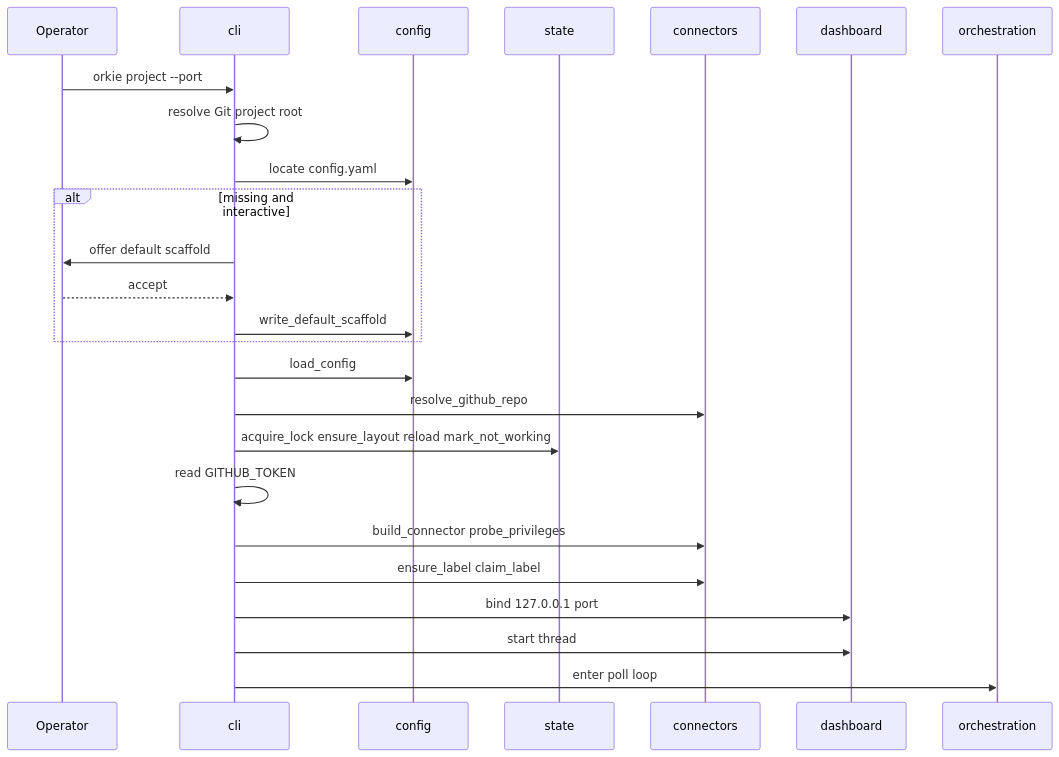
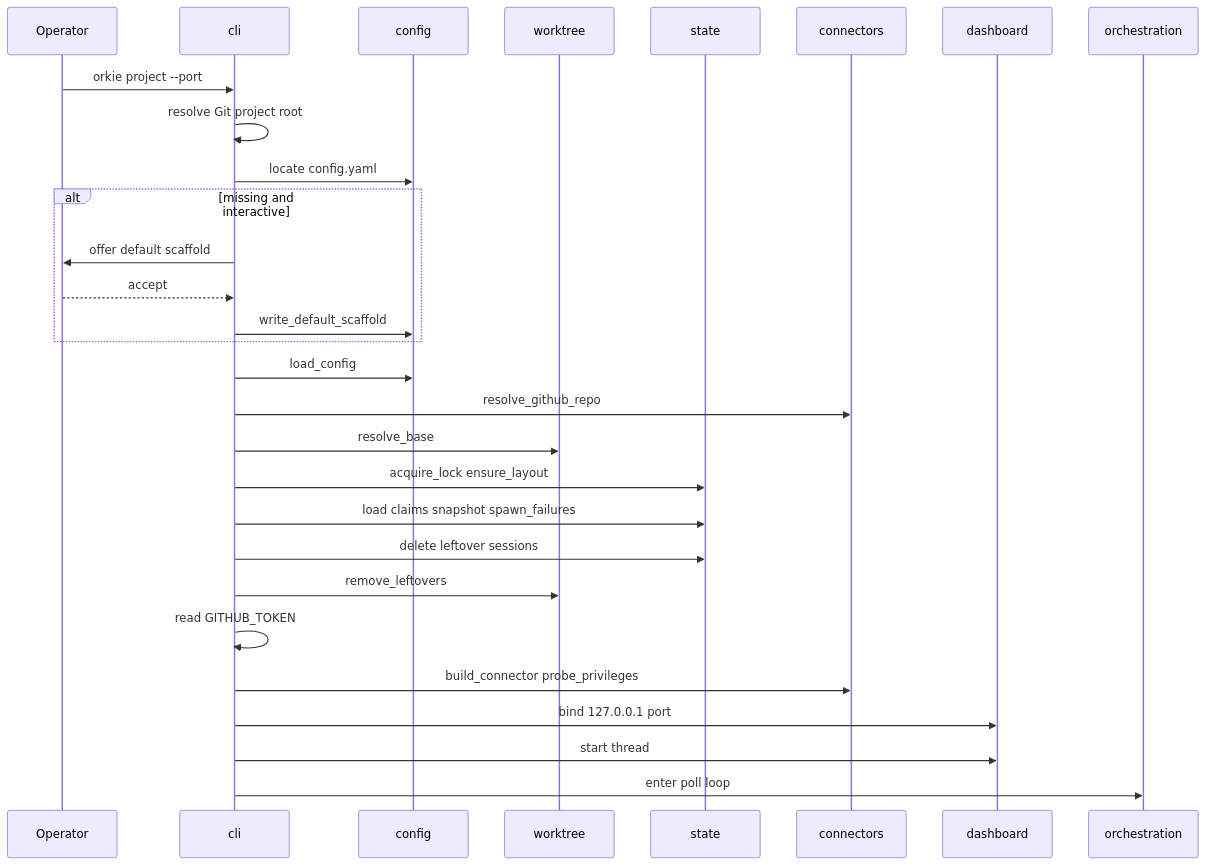
The first of 6 diagrams in spec/design/sequences.md (waigore/orkie), drawn with Mermaid before and after one commit. The commit also changed other lines of this file and 51 other files, not shown here.

````diff
--- a/spec/design/sequences.md
+++ b/spec/design/sequences.md
@@ -15,28 +15,32 @@
 ```mermaid
 sequenceDiagram
   participant Op as Operator
   participant CLI as cli
   participant Cfg as config
+  participant Wt as worktree
   participant St as state
   participant Conn as connectors
   participant Dash as dashboard
   participant Orch as orchestration
 
   Op->>CLI: orkie project --port
   CLI->>CLI: resolve Git project root
   CLI->>Cfg: locate config.yaml
   alt missing and interactive
     CLI->>Op: offer default scaffold
     Op-->>CLI: accept
     CLI->>Cfg: write_default_scaffold
   end
   CLI->>Cfg: load_config
   CLI->>Conn: resolve_github_repo
-  CLI->>St: acquire_lock ensure_layout reload mark_not_working
+  CLI->>Wt: resolve_base
+  CLI->>St: acquire_lock ensure_layout
+  CLI->>St: load claims snapshot spawn_failures
+  CLI->>St: delete leftover sessions
+  CLI->>Wt: remove_leftovers
   CLI->>CLI: read GITHUB_TOKEN
   CLI->>Conn: build_connector probe_privileges
-  CLI->>Conn: ensure_label claim_label
   CLI->>Dash: bind 127.0.0.1 port
   CLI->>Dash: start thread
   CLI->>Orch: enter poll loop
 ```
````
